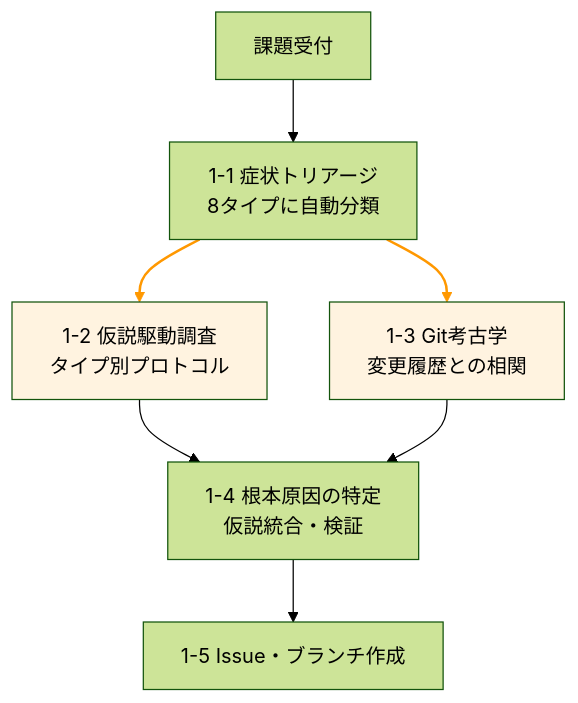
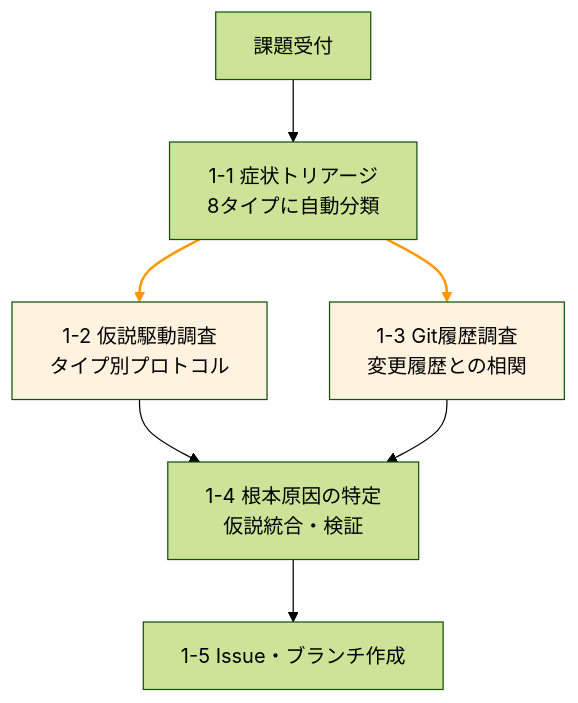
The fourth of 4 diagrams in README.md (yoshi0703/claude-solve-skill), drawn with Mermaid (forest theme) before and after one commit. The commit also changed other lines of this file and 6 other files, not shown here.

````diff
--- a/README.md
+++ b/README.md
@@ -137,14 +169,14 @@
 ```mermaid
 graph TD
     A[課題受付] --> B[1-1 症状トリアージ<br/>8タイプに自動分類]
     B --> C[1-2 仮説駆動調査<br/>タイプ別プロトコル]
-    B --> D[1-3 Git考古学<br/>変更履歴との相関]
+    B --> D[1-3 Git履歴調査<br/>変更履歴との相関]
     C --> E[1-4 根本原因の特定<br/>仮説統合・検証]
     D --> E
     E --> F[1-5 Issue・ブランチ作成]
     
     style C fill:#fff3e0
     style D fill:#fff3e0
     
     linkStyle 1,2 stroke:#ff9800,stroke-width:2px
 ```
````
